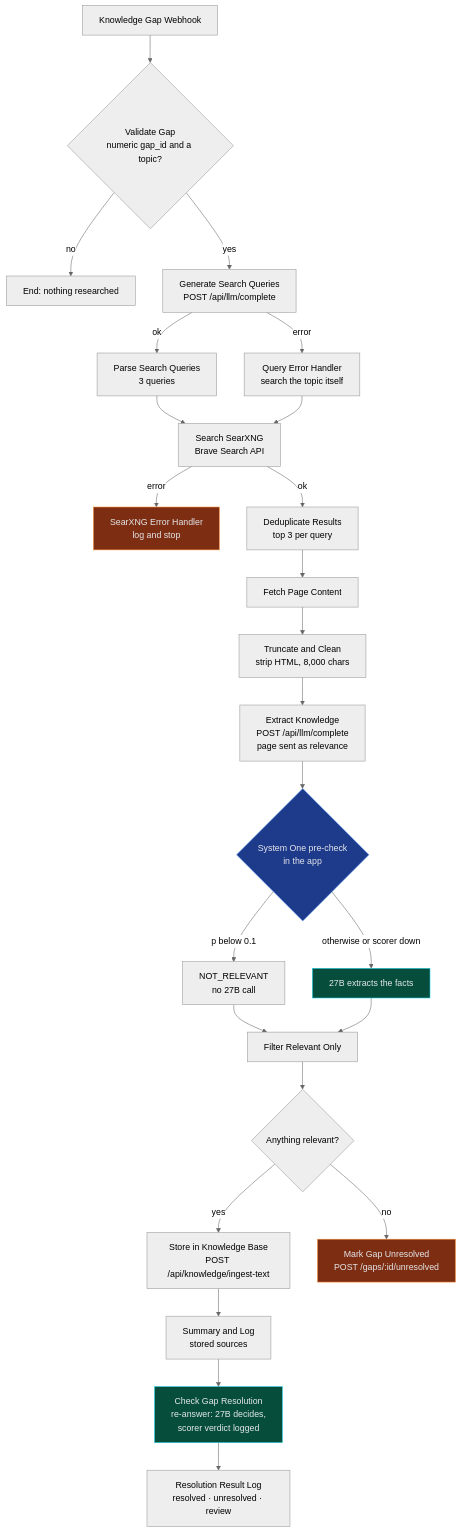
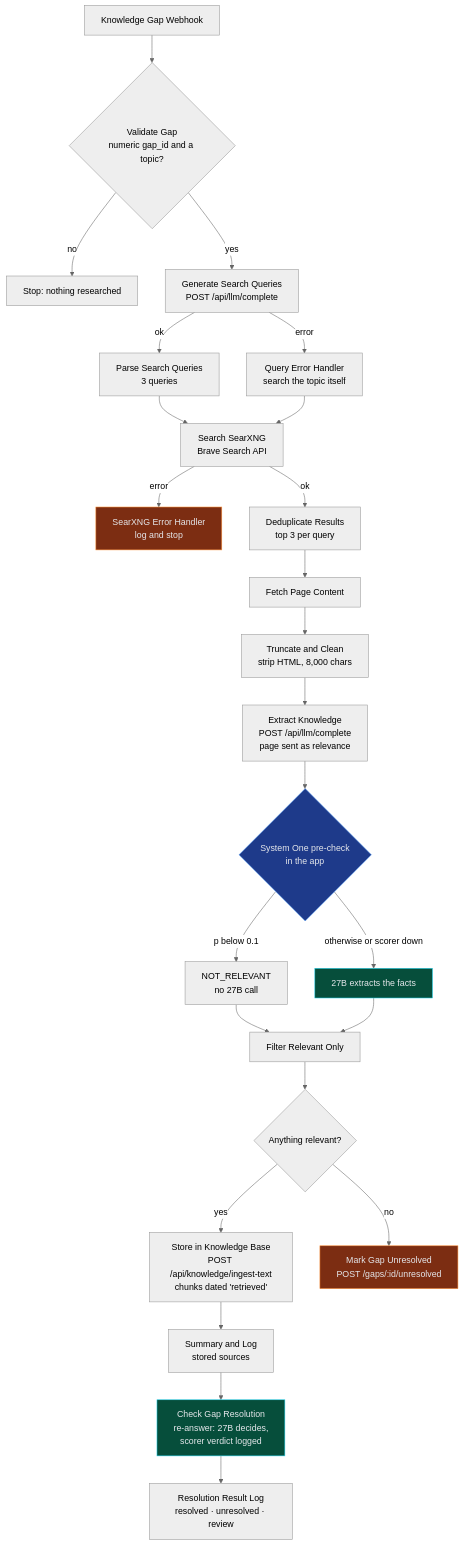
Before and after one commit to sebdallais-git/PharmaIT_Chat_and_Digest: the third of 23 diagrams in README.md, drawn with Mermaid (neutral theme). The commit also changed other lines of this file, not shown here.

````diff
--- a/README.md
+++ b/README.md
@@ -135,32 +285,32 @@
 ```mermaid
 flowchart TD
     W["Knowledge Gap Webhook"] --> V{"Validate Gap<br/>numeric gap_id and a topic?"}
-    V -- "no" --> VX["End: nothing researched"]
+    V -- "no" --> VX["Stop: nothing researched"]
     V -- "yes" --> G["Generate Search Queries<br/>POST /api/llm/complete"]
     G -- "ok" --> P["Parse Search Queries<br/>3 queries"]
     G -- "error" --> GE["Query Error Handler<br/>search the topic itself"]
     P --> S["Search SearXNG<br/>Brave Search API"]
     GE --> S
     S -- "error" --> SE["SearXNG Error Handler<br/>log and stop"]
     S -- "ok" --> DD["Deduplicate Results<br/>top 3 per query"]
     DD --> F["Fetch Page Content"]
     F --> T["Truncate and Clean<br/>strip HTML, 8,000 chars"]
     T --> X["Extract Knowledge<br/>POST /api/llm/complete<br/>page sent as relevance"]
     X --> PC{"System One pre-check<br/>in the app"}
     PC -- "p below 0.1" --> NR["NOT_RELEVANT<br/>no 27B call"]
     PC -- "otherwise or scorer down" --> EX["27B extracts the facts"]
     NR --> FR["Filter Relevant Only"]
     EX --> FR
     FR --> AR{"Anything relevant?"}
-    AR -- "yes" --> ST["Store in Knowledge Base<br/>POST /api/knowledge/ingest-text"]
+    AR -- "yes" --> ST["Store in Knowledge Base<br/>POST /api/knowledge/ingest-text<br/>chunks dated 'retrieved'"]
     AR -- "no" --> MU["Mark Gap Unresolved<br/>POST /gaps/:id/unresolved"]
     ST --> SL["Summary and Log<br/>stored sources"]
     SL --> CR["Check Gap Resolution<br/>re-answer: 27B decides,<br/>scorer verdict logged"]
     CR --> RR["Resolution Result Log<br/>resolved · unresolved · review"]
 
     style PC fill:#1e3a8a,stroke:#60a5fa,color:#e5e7eb
     style EX fill:#064e3b,stroke:#22d3ee,color:#e5e7eb
     style CR fill:#064e3b,stroke:#22d3ee,color:#e5e7eb
     style MU fill:#7c2d12,stroke:#fb923c,color:#e5e7eb
     style SE fill:#7c2d12,stroke:#fb923c,color:#e5e7eb
 ```
````
